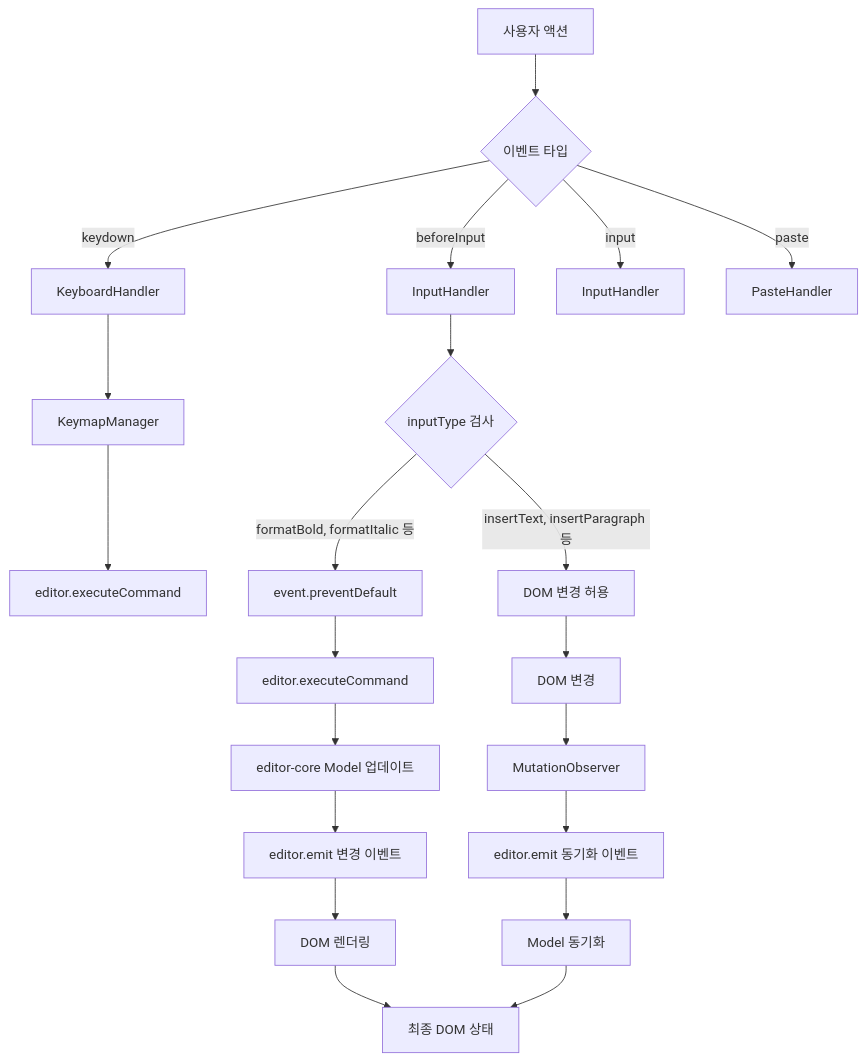
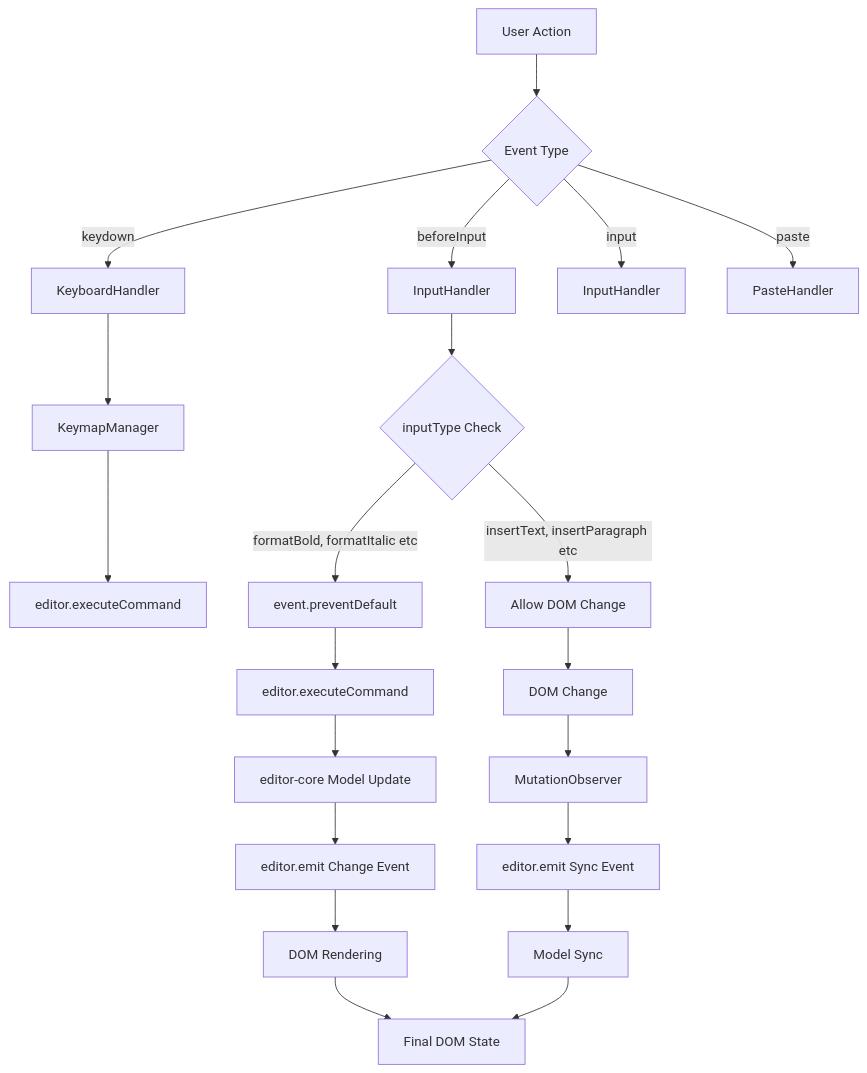
The first of 3 diagrams in paper/plan/editor-view-dom-spec.md (barocss/barocss-editor), drawn with Mermaid before and after one commit. The commit also changed other lines of this file and 106 other files, not shown here.

````diff
--- a/paper/plan/editor-view-dom-spec.md
+++ b/paper/plan/editor-view-dom-spec.md
@@ -1213,31 +1212,31 @@
 ```mermaid
 graph TD
-    A[사용자 액션] --> B{이벤트 타입}
+    A[User Action] --> B{Event Type}
     
     B -->|keydown| C[KeyboardHandler]
     B -->|beforeInput| D[InputHandler]
     B -->|input| E[InputHandler]
     B -->|paste| F[PasteHandler]
     
     C --> G[KeymapManager]
     G --> H[editor.executeCommand]
     
-    D --> I{inputType 검사}
-    I -->|formatBold, formatItalic 등| J[event.preventDefault]
-    I -->|insertText, insertParagraph 등| K[DOM 변경 허용]
+    D --> I{inputType Check}
+    I -->|formatBold, formatItalic etc| J[event.preventDefault]
+    I -->|insertText, insertParagraph etc| K[Allow DOM Change]
     
     J --> L[editor.executeCommand]
-    K --> M[DOM 변경]
+    K --> M[DOM Change]
     
-    L --> N[editor-core Model 업데이트]
+    L --> N[editor-core Model Update]
     M --> O[MutationObserver]
     
-    N --> P[editor.emit 변경 이벤트]
-    O --> Q[editor.emit 동기화 이벤트]
+    N --> P[editor.emit Change Event]
+    O --> Q[editor.emit Sync Event]
     
-    P --> R[DOM 렌더링]
-    Q --> S[Model 동기화]
+    P --> R[DOM Rendering]
+    Q --> S[Model Sync]
     
-    R --> T[최종 DOM 상태]
+    R --> T[Final DOM State]
     S --> T
 ```
````
